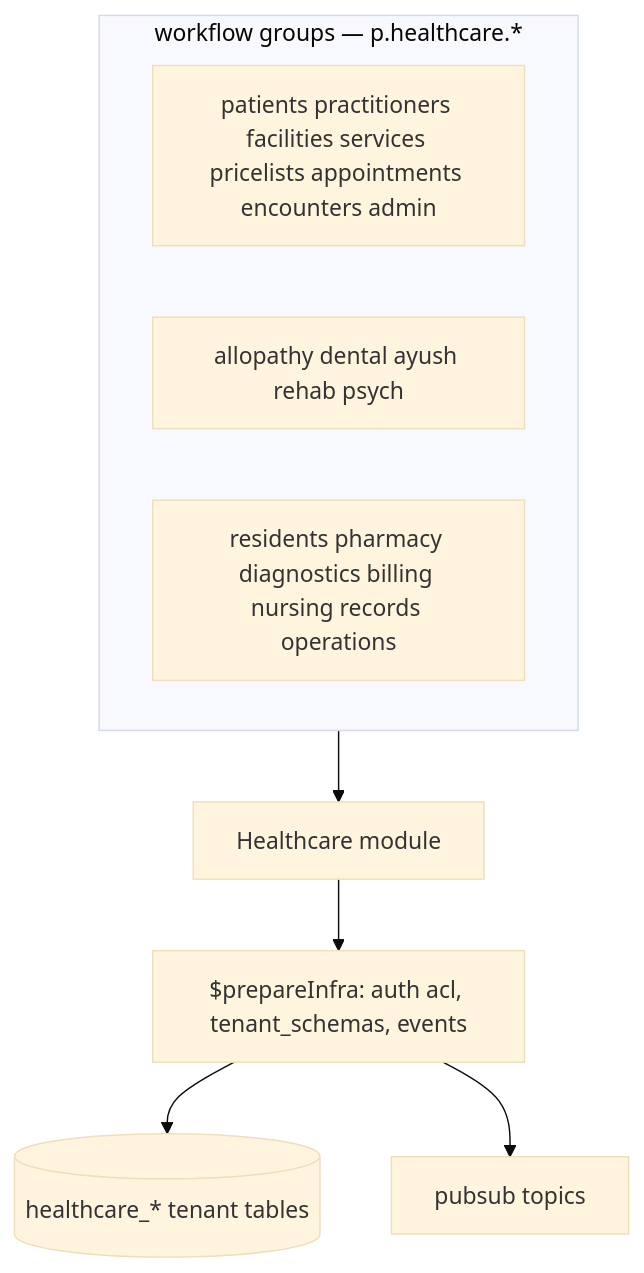
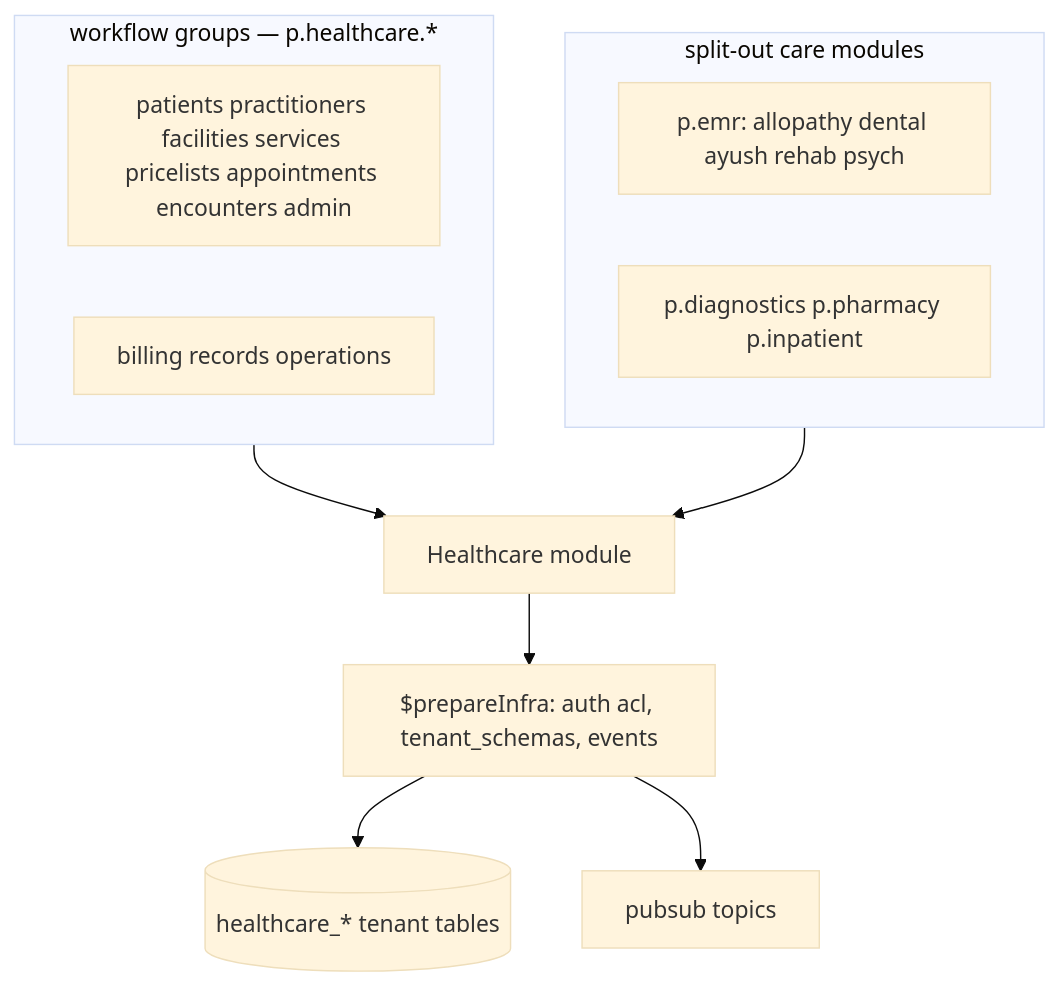
One commit to AdityaBorkar/aspen-os changed the diagram in packages/healthcare/docs/overview.mdx. Above: the diagram before and after it, drawn with Mermaid (base theme). The commit also changed other lines of this file and 429 other files, not shown here.

````diff
--- a/packages/healthcare/docs/overview.mdx
+++ b/packages/healthcare/docs/overview.mdx
@@ -46,13 +46,18 @@
 ```mermaid
 flowchart TB
   subgraph Groups[workflow groups — p.healthcare.*]
     direction LR
     REG[patients practitioners facilities services pricelists appointments encounters admin]
-    EMR[allopathy dental ayush rehab psych]
-    OPS[residents pharmacy diagnostics billing nursing records operations]
+    OPS[billing records operations]
+  end
+  subgraph Care[split-out care modules]
+    direction LR
+    EMR[p.emr: allopathy dental ayush rehab psych]
+    ANC[p.diagnostics p.pharmacy p.inpatient]
   end
   Groups --> M[Healthcare module]
+  Care --> M
   M --> INFRA[$prepareInfra: auth acl, tenant_schemas, events]
   INFRA --> DB[(healthcare_* tenant tables)]
   INFRA --> PS[pubsub topics]
 ```
````
